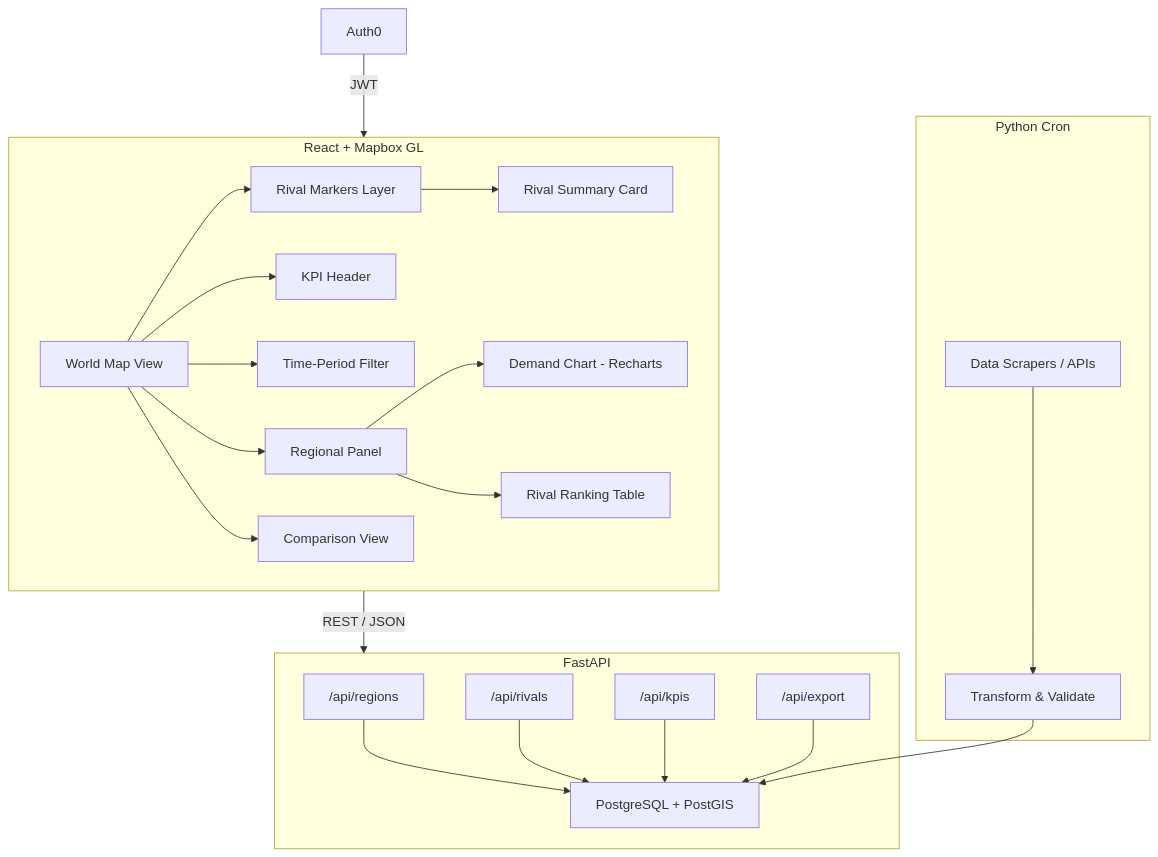
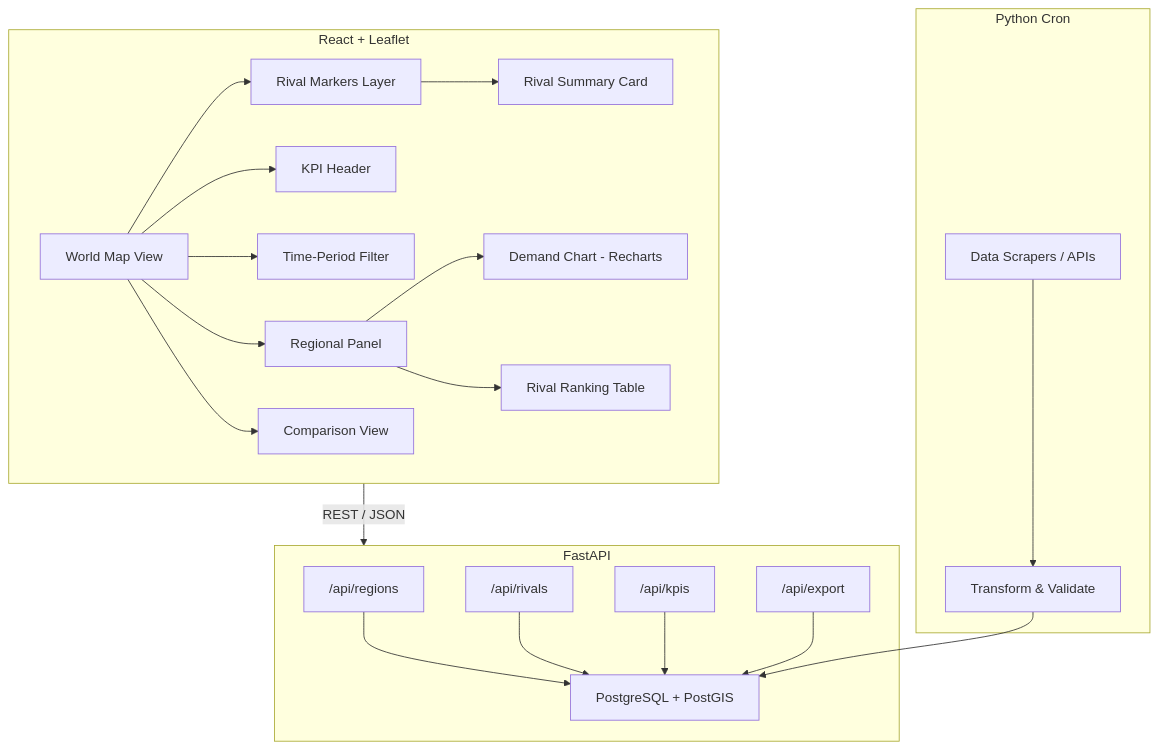
One commit to r-kawashima-art/OTA-Dashboard changed the first of 2 diagrams in specs/implementation_plan.md. Above: the diagram before and after it, drawn with Mermaid. The commit also changed other lines of this file and 1 other file, not shown here.

````diff
--- a/specs/implementation_plan.md
+++ b/specs/implementation_plan.md
@@ -32,28 +32,27 @@
 ```mermaid
 graph TD
-    subgraph Frontend [React + Mapbox GL]
+    subgraph Frontend [React + Leaflet]
         A[World Map View] --> B[Rival Markers Layer]
         A --> C[KPI Header]
         A --> D[Time-Period Filter]
         B --> E[Rival Summary Card]
         A --> F[Regional Panel]
         F --> G[Demand Chart - Recharts]
         F --> H[Rival Ranking Table]
         A --> I[Comparison View]
     end
 
     subgraph Backend [FastAPI]
         J["/api/regions"] --> K[PostgreSQL + PostGIS]
         L["/api/rivals"] --> K
         M["/api/kpis"] --> K
         N["/api/export"] --> K
     end
 
     subgraph Ingestion [Python Cron]
         O[Data Scrapers / APIs] --> P[Transform & Validate]
         P --> K
     end
 
     Frontend -->|REST / JSON| Backend
-    Auth0 -->|JWT| Frontend
 ```
````
